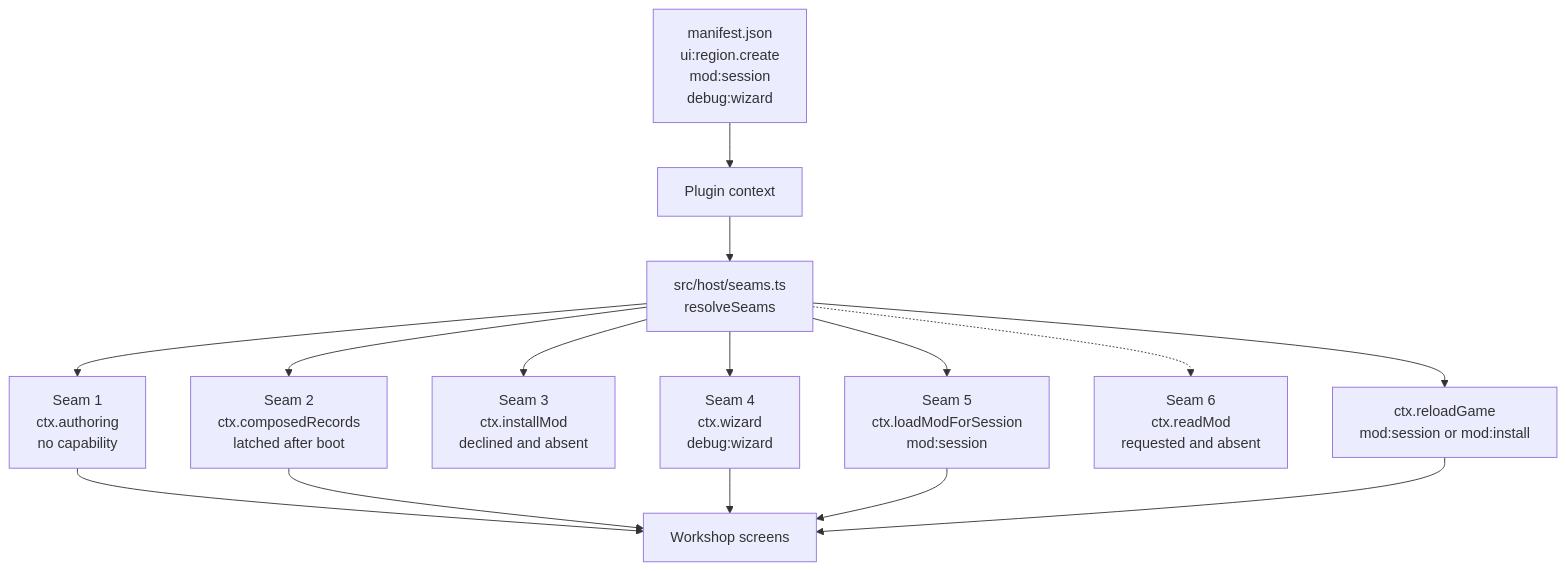
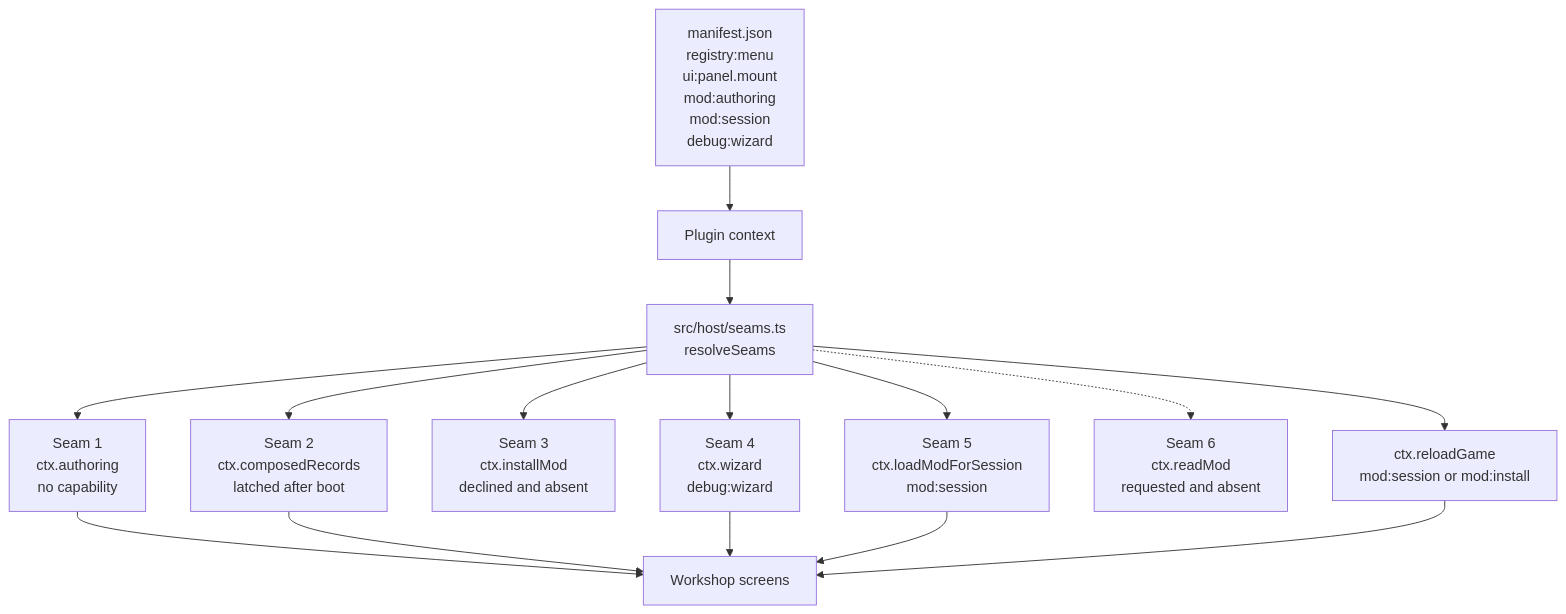
The diagram in docs/ENGINE_SEAMS.md (neostryder/neo-angband-mod-forge), drawn with Mermaid before and after one commit. The commit also changed other lines of this file and 17 other files, not shown here.

````diff
--- a/docs/ENGINE_SEAMS.md
+++ b/docs/ENGINE_SEAMS.md
@@ -3,17 +3,17 @@
 ```mermaid
 flowchart TD
   C["Plugin context"] --> S["src/host/seams.ts<br/>resolveSeams"]
   S --> A["Seam 1<br/>ctx.authoring<br/>no capability"]
   S --> R["Seam 2<br/>ctx.composedRecords<br/>latched after boot"]
   S --> I["Seam 3<br/>ctx.installMod<br/>declined and absent"]
   S --> W["Seam 4<br/>ctx.wizard<br/>debug:wizard"]
   S --> L["Seam 5<br/>ctx.loadModForSession<br/>mod:session"]
   S -.-> READ["Seam 6<br/>ctx.readMod<br/>requested and absent"]
   S --> RELOAD["ctx.reloadGame<br/>mod:session or mod:install"]
   A --> UI["Workshop screens"]
   R --> UI
   W --> UI
   L --> UI
   RELOAD --> UI
-  MAN["manifest.json<br/>ui:region.create<br/>mod:session<br/>debug:wizard"] --> C
+  MAN["manifest.json<br/>registry:menu<br/>ui:panel.mount<br/>mod:authoring<br/>mod:session<br/>debug:wizard"] --> C
 ```
````
